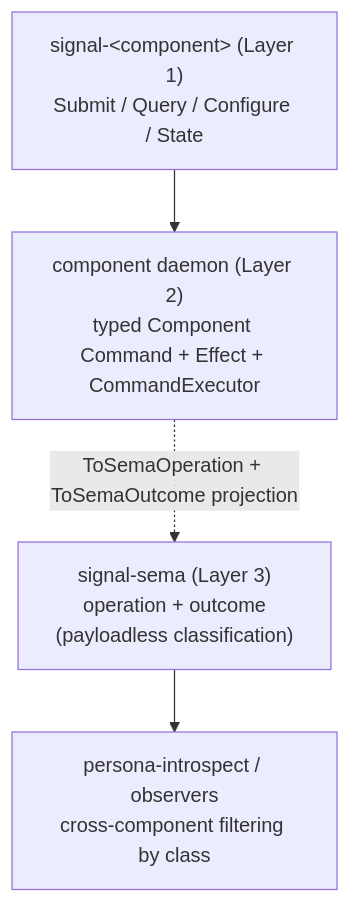
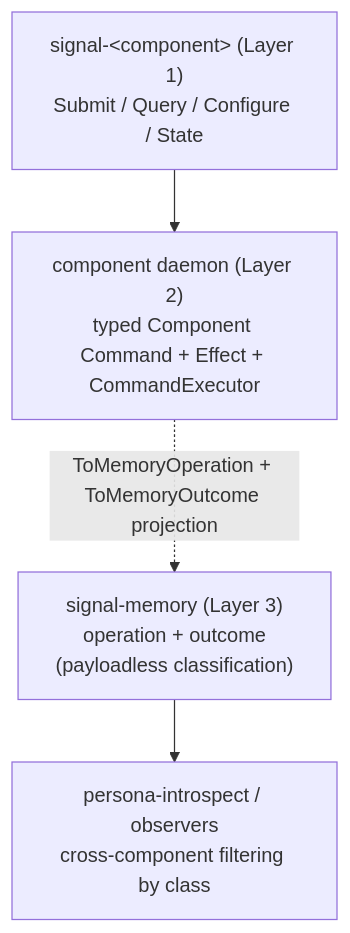
Before and after one commit to LiGoldragon/signal-memory: the third of 3 diagrams in ARCHITECTURE.md, drawn with Mermaid. The commit also changed other lines of this file and 17 other files, not shown here.

Commit message:
Rename signal-sema to signal-memory

````diff
--- a/ARCHITECTURE.md
+++ b/ARCHITECTURE.md
@@ -356,11 +356,11 @@
 ```mermaid
 flowchart TB
     contract["signal-&lt;component&gt; (Layer 1)<br/>Submit / Query / Configure / State"]
     daemon["component daemon (Layer 2)<br/>typed Component Command + Effect + CommandExecutor"]
-    sema["signal-sema (Layer 3)<br/>operation + outcome<br/>(payloadless classification)"]
+    memory["signal-memory (Layer 3)<br/>operation + outcome<br/>(payloadless classification)"]
     observer["persona-introspect / observers<br/>cross-component filtering by class"]
 
     contract --> daemon
-    daemon -. "ToSemaOperation + ToSemaOutcome projection" .-> sema
-    sema --> observer
+    daemon -. "ToMemoryOperation + ToMemoryOutcome projection" .-> memory
+    memory --> observer
 ```
````
